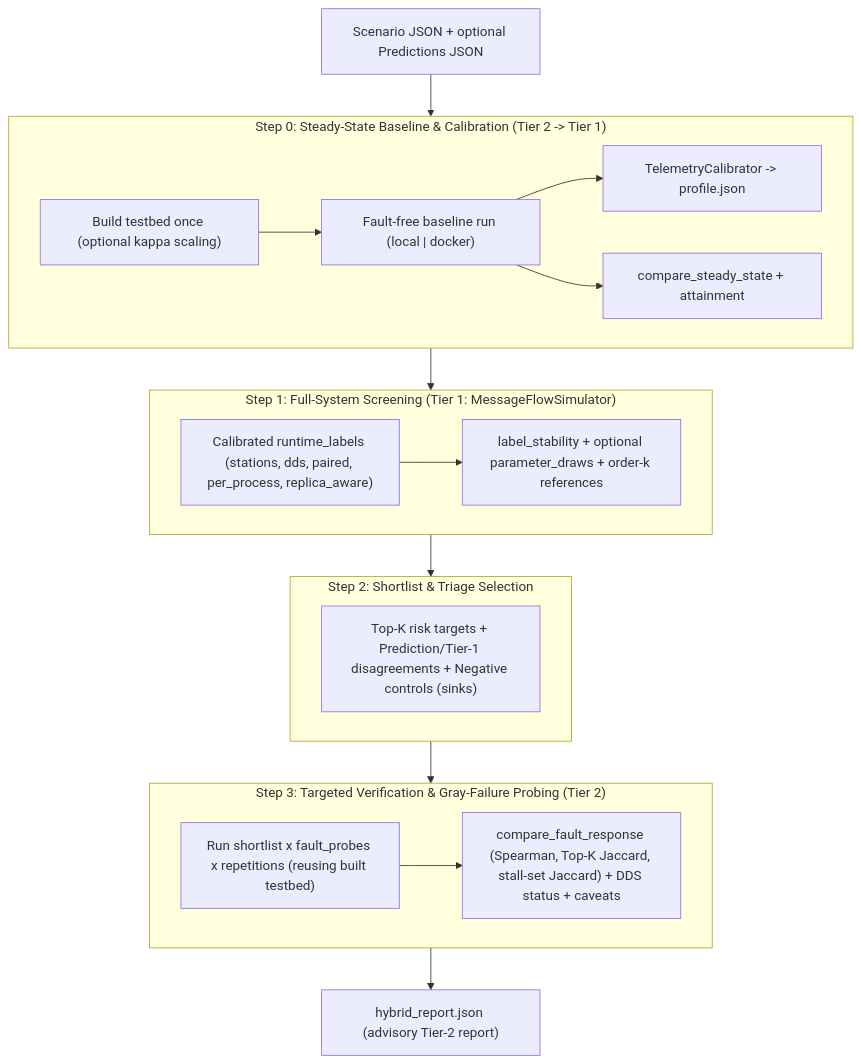
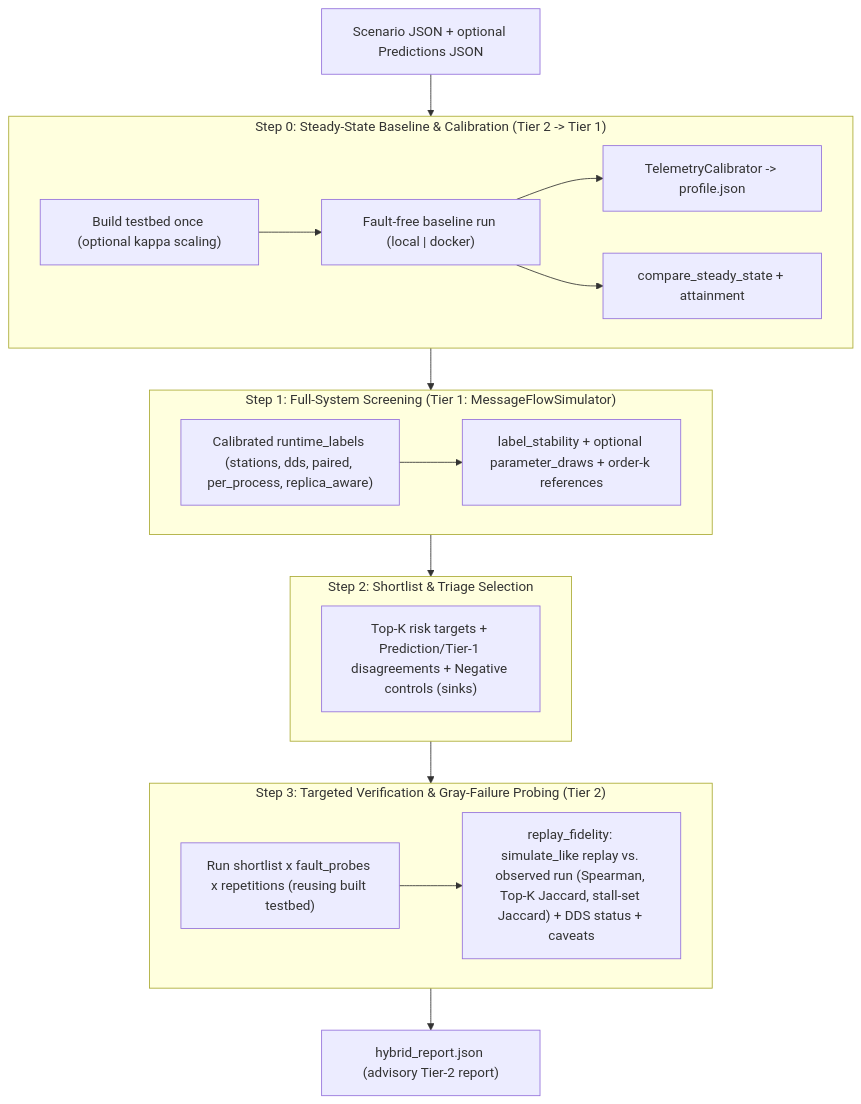
The third of 3 diagrams in docs/simulation-extensions.md (onuralpyigit/software-as-a-graph), drawn with Mermaid before and after one commit. The commit also changed other lines of this file and 4 other files, not shown here.

````diff
--- a/docs/simulation-extensions.md
+++ b/docs/simulation-extensions.md
@@ -338,24 +338,24 @@
 ```mermaid
 flowchart TD
     IN["Scenario JSON + optional Predictions JSON"] --> S0
     subgraph S0["Step 0: Steady-State Baseline & Calibration (Tier 2 -> Tier 1)"]
         B["Build testbed once (optional kappa scaling)"] --> R0["Fault-free baseline run (local | docker)"]
         R0 --> CAL["TelemetryCalibrator -> profile.json"]
         R0 --> SS["compare_steady_state + attainment"]
     end
     S0 --> S1
     subgraph S1["Step 1: Full-System Screening (Tier 1: MessageFlowSimulator)"]
         SW["Calibrated runtime_labels (stations, dds, paired, per_process, replica_aware)"]
         SW --> STAB["label_stability + optional parameter_draws + order-k references"]
     end
     S1 --> S2
     subgraph S2["Step 2: Shortlist & Triage Selection"]
         SEL["Top-K risk targets + Prediction/Tier-1 disagreements + Negative controls (sinks)"]
     end
     S2 --> S3
     subgraph S3["Step 3: Targeted Verification & Gray-Failure Probing (Tier 2)"]
         PR["Run shortlist x fault_probes x repetitions (reusing built testbed)"]
-        PR --> FID["compare_fault_response (Spearman, Top-K Jaccard, stall-set Jaccard) + DDS status + caveats"]
+        PR --> FID["replay_fidelity: simulate_like replay vs. observed run (Spearman, Top-K Jaccard, stall-set Jaccard) + DDS status + caveats"]
     end
     S3 --> OUT["hybrid_report.json (advisory Tier-2 report)"]
 ```
````
